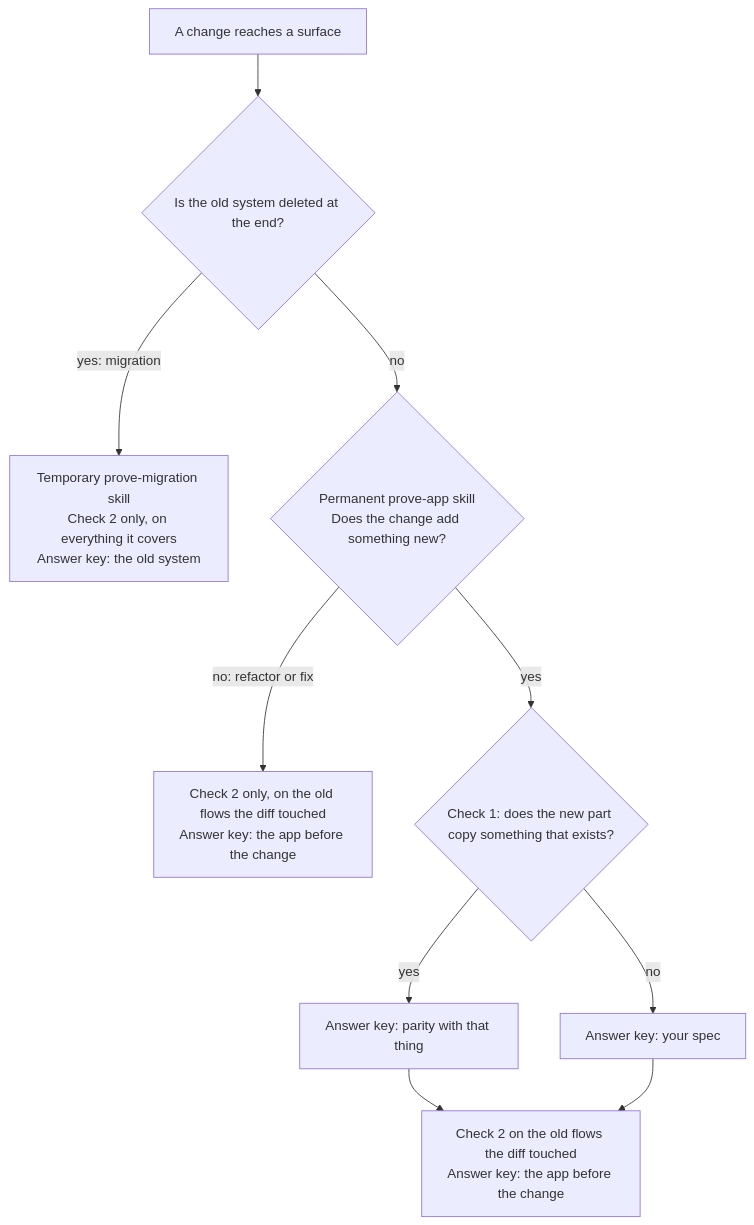
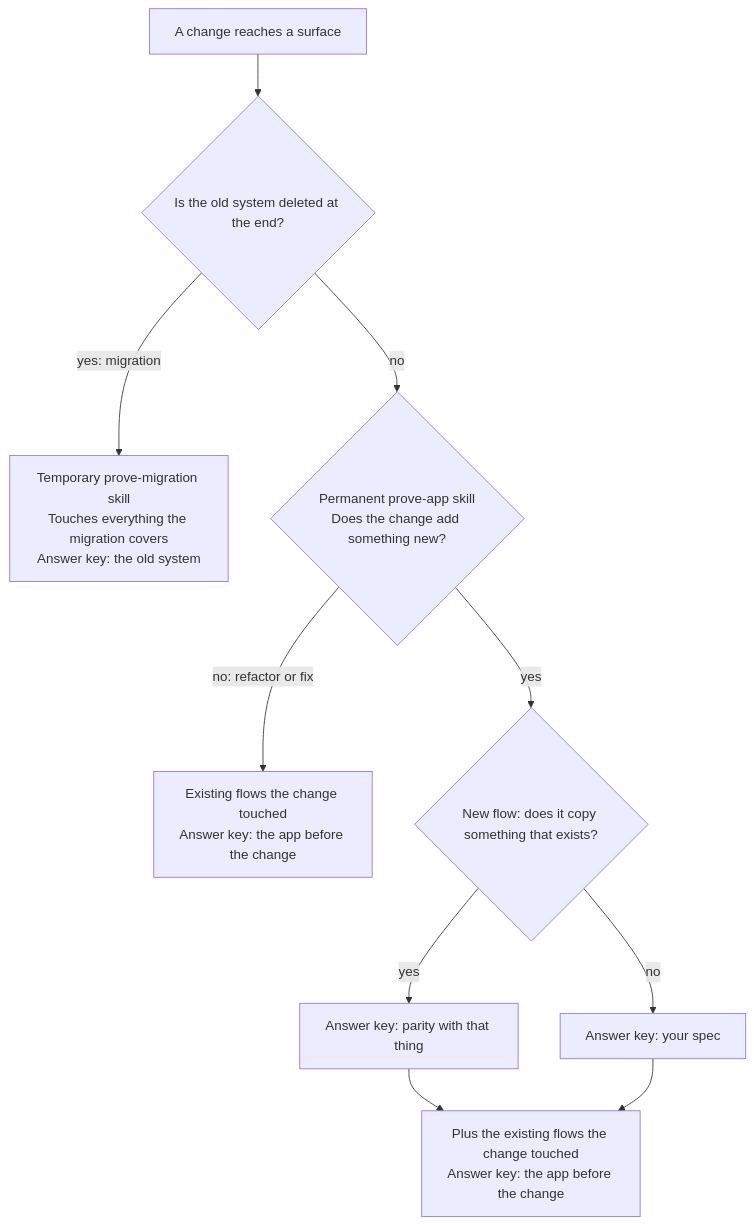
Before and after one commit to ray-amjad/skills: the diagram in README.md, drawn with Mermaid. The commit also changed other lines of this file and 6 other files, not shown here.

First line of the commit message:
Prove It: one concept, what the change touches

````diff
--- a/README.md
+++ b/README.md
@@ -81,12 +81,12 @@
 ```mermaid
 flowchart TD
   A["A change reaches a surface"] --> B{"Is the old system deleted at the end?"}
-  B -- "yes: migration" --> M["Temporary prove-migration skill<br/>Check 2 only, on everything it covers<br/>Answer key: the old system"]
+  B -- "yes: migration" --> M["Temporary prove-migration skill<br/>Touches everything the migration covers<br/>Answer key: the old system"]
   B -- "no" --> P{"Permanent prove-app skill<br/>Does the change add something new?"}
-  P -- "no: refactor or fix" --> C2["Check 2 only, on the old flows the diff touched<br/>Answer key: the app before the change"]
-  P -- "yes" --> C{"Check 1: does the new part copy something that exists?"}
+  P -- "no: refactor or fix" --> C2["Existing flows the change touched<br/>Answer key: the app before the change"]
+  P -- "yes" --> C{"New flow: does it copy something that exists?"}
   C -- "yes" --> PAR["Answer key: parity with that thing"]
   C -- "no" --> SPEC["Answer key: your spec"]
-  PAR --> R["Check 2 on the old flows the diff touched<br/>Answer key: the app before the change"]
+  PAR --> R["Plus the existing flows the change touched<br/>Answer key: the app before the change"]
   SPEC --> R
 ```
````
